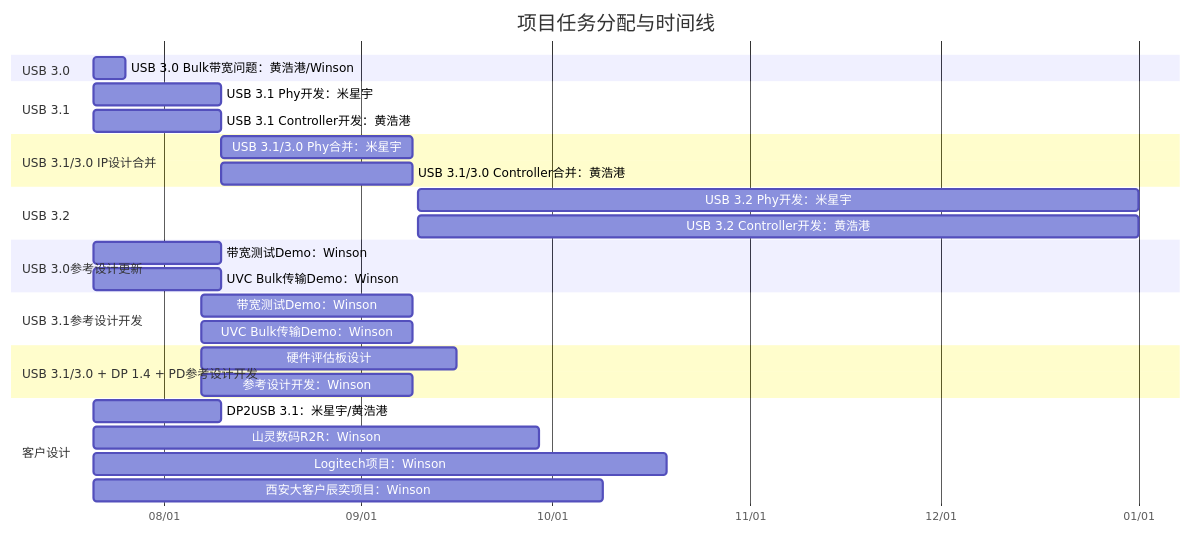
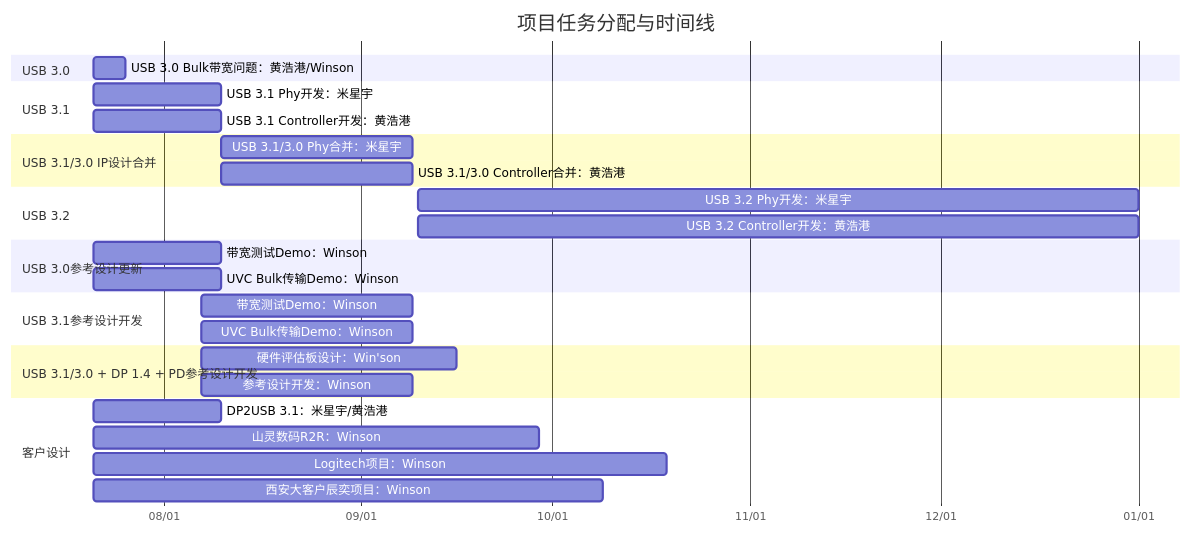
Before and after one commit to winsonbook/iodraw-files: the diagram in all/未命名.md, drawn with Mermaid.

Commit message:
2025-07-21 10:20:58 update

````diff
--- a/all/未命名.md
+++ b/all/未命名.md
@@ -1,39 +1,39 @@
 ```mermaid
 gantt
     title 项目任务分配与时间线
     dateFormat  YYYY-MM-DD
     axisFormat  %m/%d
 
     section USB 3.0
     USB 3.0 Bulk带宽问题：黄浩港/Winson   :    task1, 2025-07-21, 5d
 
     section USB 3.1
     USB 3.1 Phy开发：米星宇      :         task2, 2025-07-21, 20d
     USB 3.1 Controller开发：黄浩港      :  task3, 2025-07-21, 20d
 
     section USB 3.1/3.0 IP设计合并
     USB 3.1/3.0 Phy合并：米星宇       :    task4, 2025-08-10, 30d
     USB 3.1/3.0 Controller合并：黄浩港:    task5, 2025-08-10, 30d
 
     section USB 3.2
     USB 3.2 Phy开发：米星宇      :         task2, 2025-09-10, 113d
     USB 3.2 Controller开发：黄浩港      :  task3, 2025-09-10, 113d
 
     section USB 3.0参考设计更新
     带宽测试Demo：Winson       :         task6, 2025-07-21, 20d
     UVC Bulk传输Demo：Winson   :        task7, 2025-07-21, 20d
 
     section USB 3.1参考设计开发
     带宽测试Demo：Winson       :         task8, 2025-08-07, 33d
     UVC Bulk传输Demo：Winson   :         task9, 2025-08-07, 33d
 
     section USB 3.1/3.0 + DP 1.4 + PD参考设计开发
-    硬件评估板设计       :         task8, 2025-08-07, 40d
+    硬件评估板设计：Win'son       :         task8, 2025-08-07, 40d
     参考设计开发：Winson   :         task9, 2025-08-07, 33d
 
     section 客户设计
     DP2USB 3.1：米星宇/黄浩港      :task10, 2025-07-21, 20d
     山灵数码R2R：Winson :             task11, 2025-07-21, 70d
     Logitech项目：Winson :            task12, 2025-07-21, 90d
     西安大客户辰奕项目：Winson :       task13, 2025-07-21, 80d
 ```
````
